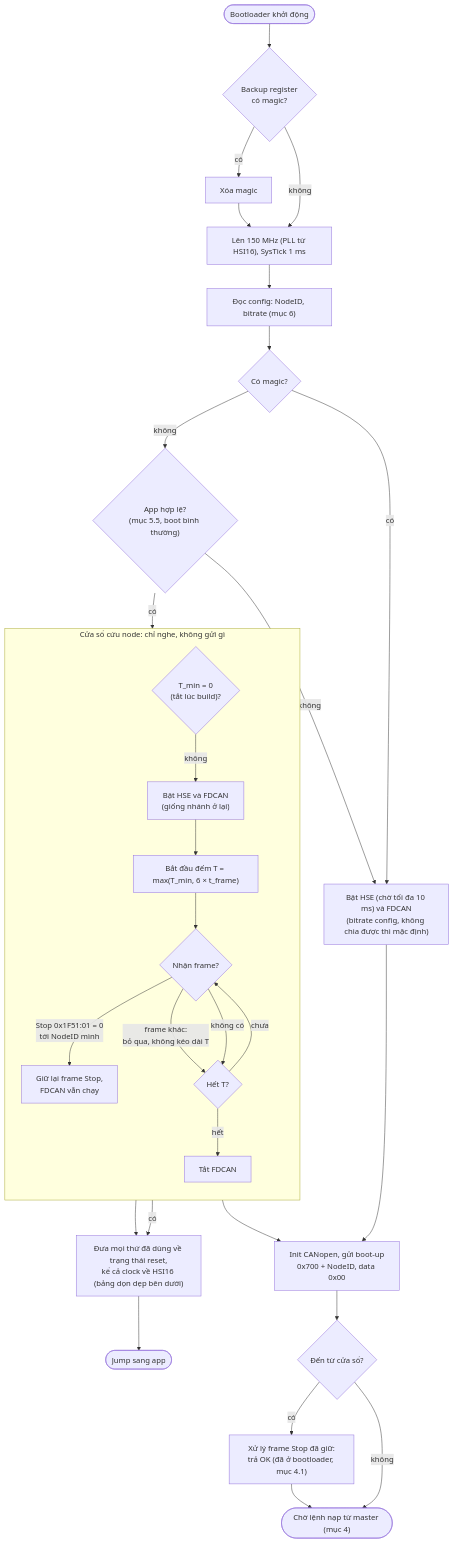
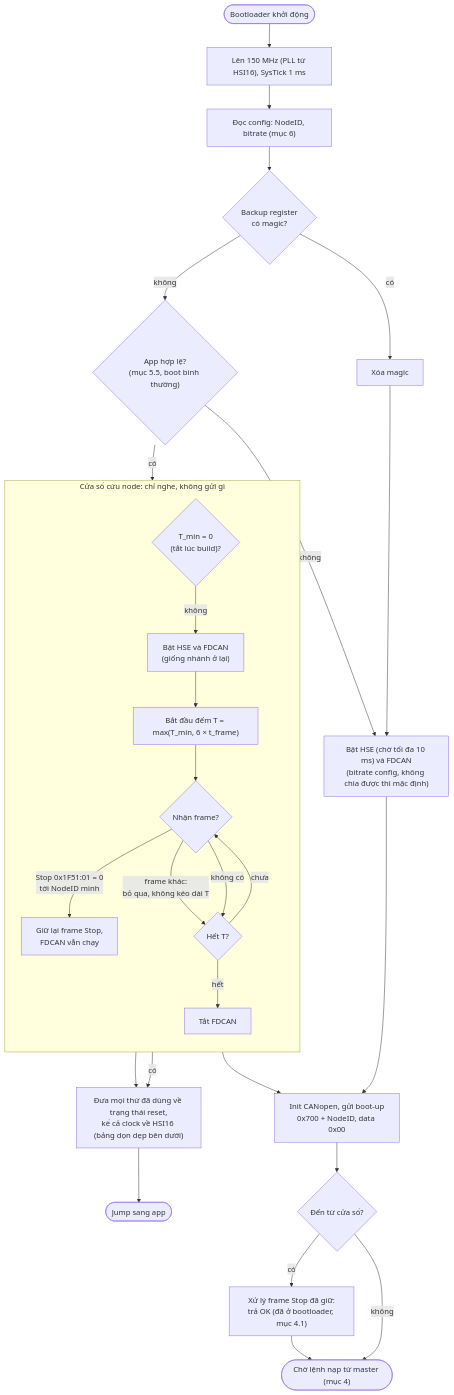
The second of 5 diagrams in docs/design.md (linh97abc/stm32_canopen_bootloader), drawn with Mermaid before and after one commit. The commit also changed other lines of this file and 1 other file, not shown here.

Commit message:
Đọc magic sau khi lên clock và đọc config
Luồng boot chỉ còn một chỗ kiểm tra magic. Magic được xóa muộn hơn, nên
nếu node bị reset giữa chừng (mất điện, watchdog lúc đang sửa page
config) thì yêu cầu ở lại bootloader vẫn còn.

````diff
--- a/docs/design.md
+++ b/docs/design.md
@@ -82,36 +82,34 @@
 ```mermaid
 flowchart TD
-    RST([Bootloader khởi động]) --> MAGIC{"Backup register<br/>có magic?"}
+    RST([Bootloader khởi động]) --> CLK["Lên 150 MHz (PLL từ HSI16), SysTick 1 ms"]
+    CLK --> CFG["Đọc config: NodeID, bitrate (mục 6)"]
+    CFG --> MAGIC{"Backup register<br/>có magic?"}
     MAGIC -- có --> CLR["Xóa magic"]
-    MAGIC -- không --> CLK
-    CLR --> CLK["Lên 150 MHz (PLL từ HSI16), SysTick 1 ms"]
-    CLK --> CFG["Đọc config: NodeID, bitrate (mục 6)"]
-    CFG --> HAS{"Có magic?"}
-    HAS -- có --> CAN
-    HAS -- không --> CHK{"App hợp lệ?<br/>(mục 5.5, boot bình thường)"}
+    CLR --> CAN
+    MAGIC -- không --> CHK{"App hợp lệ?<br/>(mục 5.5, boot bình thường)"}
     CHK -- không --> CAN
     CHK -- có --> OFF{"T_min = 0<br/>(tắt lúc build)?"}
 
     subgraph WINDOW["Cửa sổ cứu node: chỉ nghe, không gửi gì"]
         direction TB
         OFF -- không --> CANW["Bật HSE và FDCAN<br/>(giống nhánh ở lại)"]
         CANW --> T0["Bắt đầu đếm T = max(T_min, 6 × t_frame)"]
         T0 --> RX{"Nhận frame?"}
         RX -- "Stop 0x1F51:01 = 0<br/>tới NodeID mình" --> CAUGHT["Giữ lại frame Stop,<br/>FDCAN vẫn chạy"]
         RX -- "frame khác:<br/>bỏ qua, không kéo dài T" --> TMO{"Hết T?"}
         RX -- không có --> TMO
         TMO -- chưa --> RX
         TMO -- hết --> DEINIT["Tắt FDCAN"]
     end
 
     OFF -- có --> CLEAN
     DEINIT --> CLEAN["Đưa mọi thứ đã dùng về trạng thái reset,<br/>kể cả clock về HSI16 (bảng dọn dẹp bên dưới)"]
     CLEAN --> JMP([Jump sang app])
 
     CAN["Bật HSE (chờ tối đa 10 ms) và FDCAN<br/>(bitrate config, không chia được thì mặc định)"] --> CO
     CAUGHT --> CO["Init CANopen, gửi boot-up<br/>0x700 + NodeID, data 0x00"]
     CO --> REPLY{"Đến từ cửa sổ?"}
     REPLY -- có --> OK["Xử lý frame Stop đã giữ:<br/>trả OK (đã ở bootloader, mục 4.1)"]
     REPLY -- không --> WAIT
     OK --> WAIT(["Chờ lệnh nạp từ master (mục 4)"])
 ```
````
